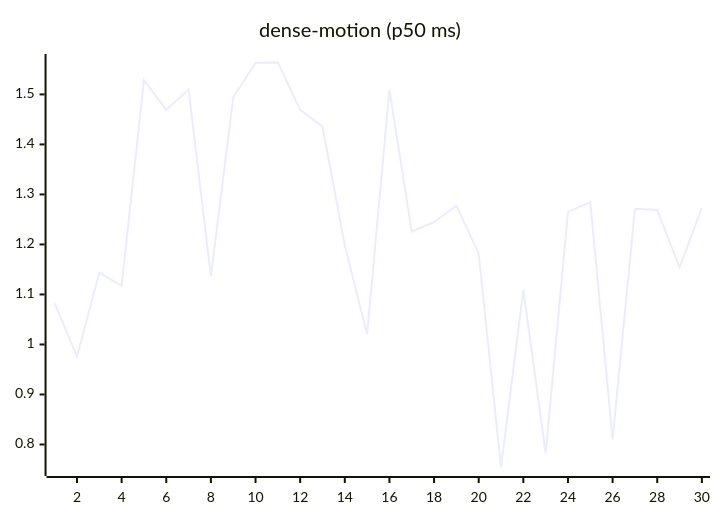
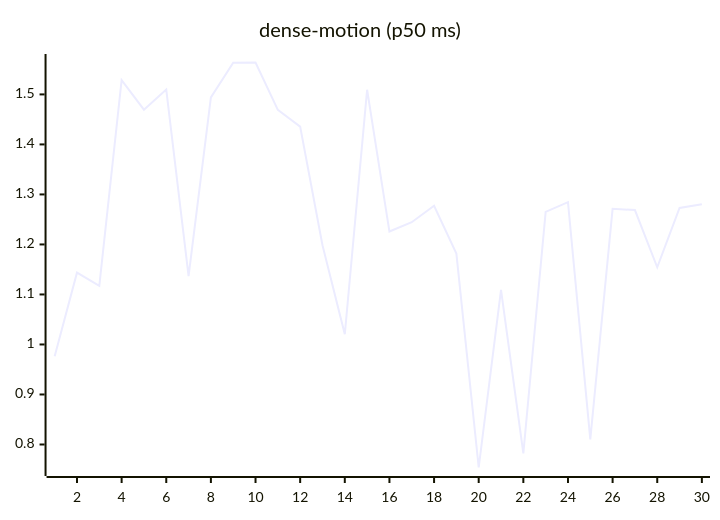
Before and after one commit to josha/Facet: the ninth of 27 diagrams in README.md, drawn with Mermaid. The commit also changed other lines of this file and 2 other files, not shown here.

````diff
--- a/README.md
+++ b/README.md
@@ -119,6 +119,6 @@
 ```mermaid
 xychart-beta
     title "dense-motion (p50 ms)"
     x-axis 1 --> 30
-    line [1.0823, 0.9763, 1.1436, 1.1174, 1.5286, 1.4695, 1.5096, 1.1365, 1.4939, 1.5634, 1.5638, 1.4692, 1.4355, 1.1984, 1.0205, 1.5093, 1.2258, 1.2445, 1.2773, 1.1817, 0.7540, 1.1093, 0.7822, 1.2651, 1.2846, 0.8102, 1.2712, 1.2688, 1.1544, 1.2730]
+    line [0.9763, 1.1436, 1.1174, 1.5286, 1.4695, 1.5096, 1.1365, 1.4939, 1.5634, 1.5638, 1.4692, 1.4355, 1.1984, 1.0205, 1.5093, 1.2258, 1.2445, 1.2773, 1.1817, 0.7540, 1.1093, 0.7822, 1.2651, 1.2846, 0.8102, 1.2712, 1.2688, 1.1544, 1.2730, 1.2805]
 ```
````
